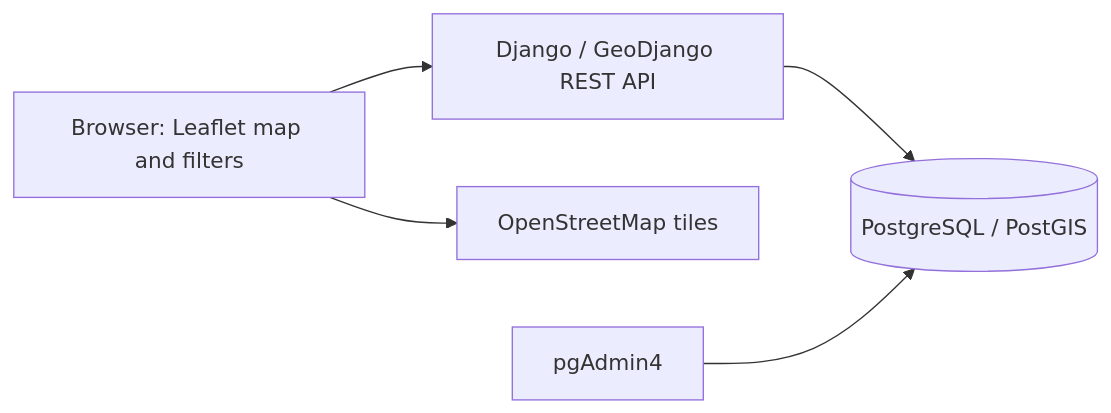
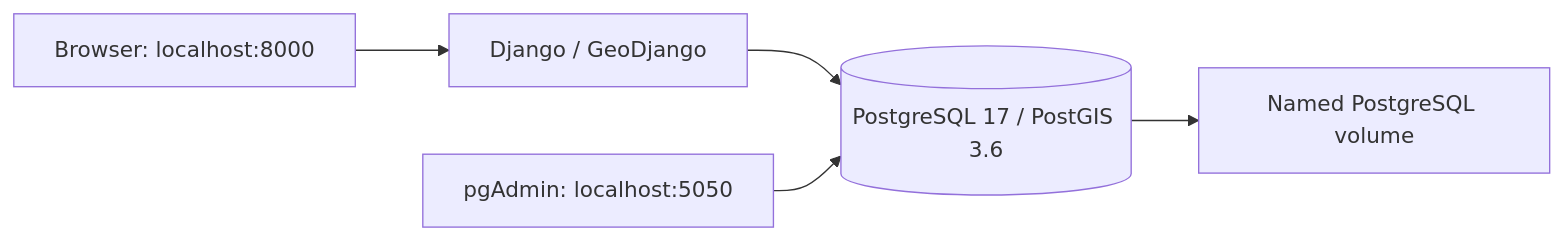
The diagram in README.md (sayoowolabi/studysmart), drawn with Mermaid before and after one commit. The commit also changed other lines of this file and 22 other files, not shown here.

````diff
--- a/README.md
+++ b/README.md
@@ -31,7 +13,7 @@
 ```mermaid
 flowchart LR
-    Browser[Browser: Leaflet map and filters] --> App[Django / GeoDjango REST API]
-    Browser --> Tiles[OpenStreetMap tiles]
-    App --> DB[(PostgreSQL / PostGIS)]
-    Admin[pgAdmin4] --> DB
+    Browser[Browser: localhost:8000] --> Web[Django / GeoDjango]
+    Web --> DB[(PostgreSQL 17 / PostGIS 3.6)]
+    Admin[pgAdmin: localhost:5050] --> DB
+    DB --> Volume[Named PostgreSQL volume]
 ```
````
